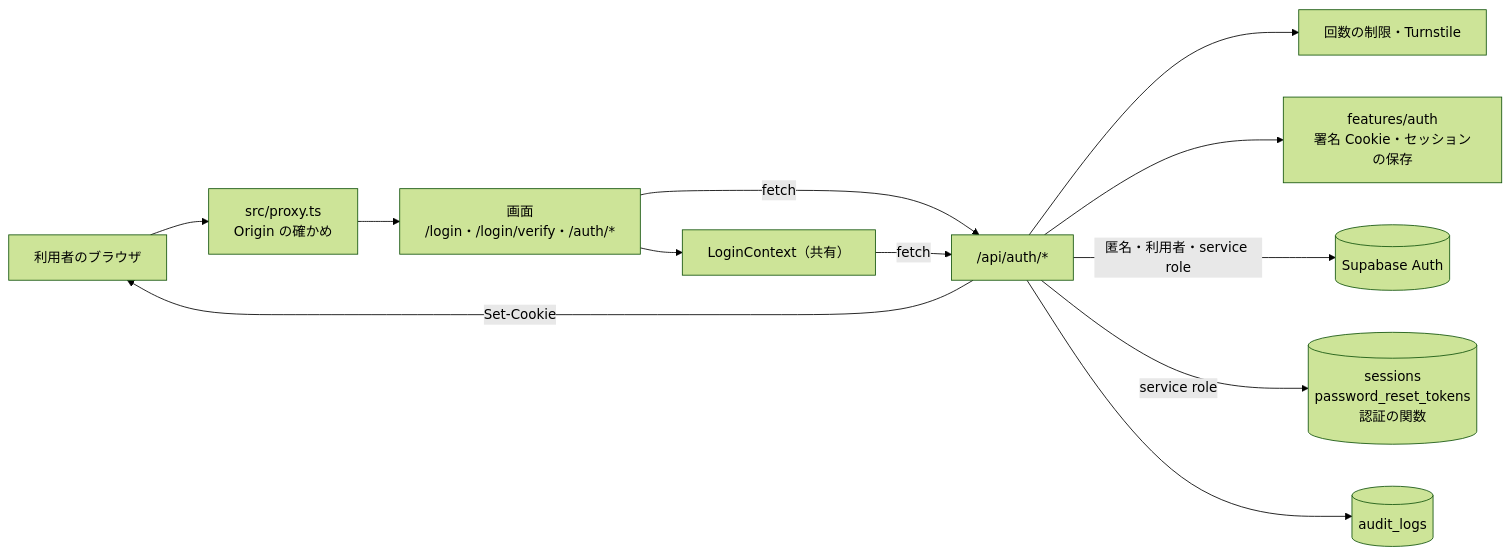
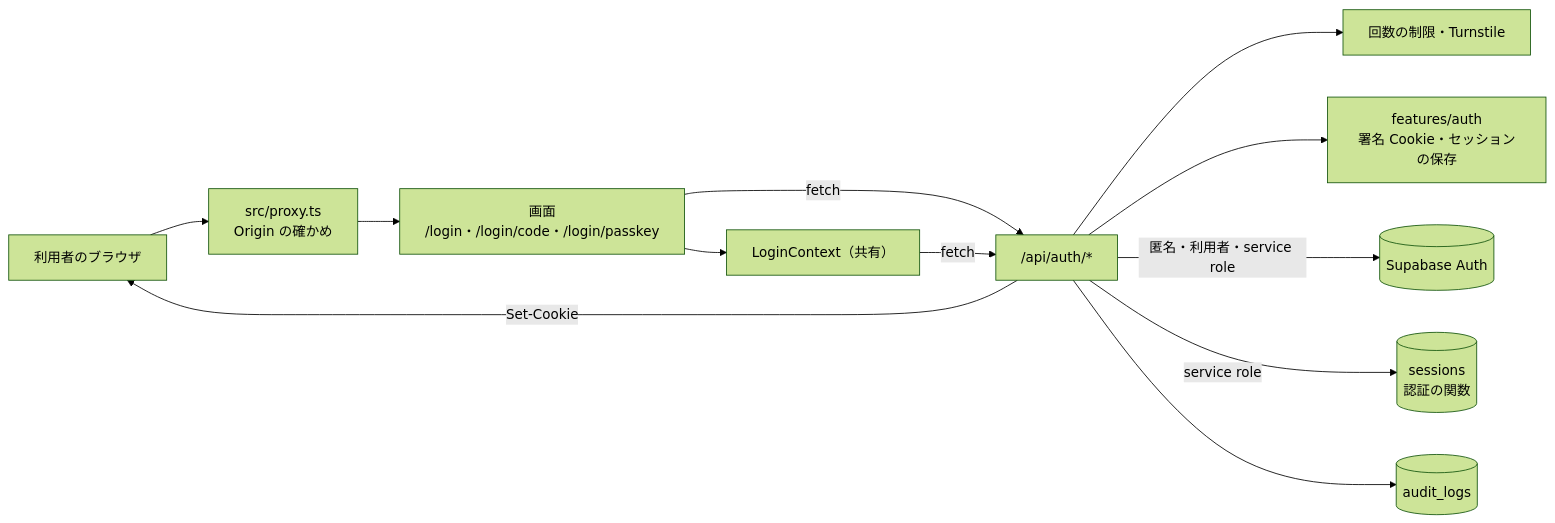
One commit to ChocoWork/o_official changed the first of 22 diagrams in docs/03_BasicDesign/areas/auth.md. Above: the diagram before and after it, drawn with Mermaid (forest theme). The commit also changed other lines of this file and 15 other files, not shown here.

````diff
--- a/docs/03_BasicDesign/areas/auth.md
+++ b/docs/03_BasicDesign/areas/auth.md
@@ -62,14 +64,14 @@
 ```mermaid
 graph LR
   V["利用者のブラウザ"] --> P["src/proxy.ts<br/>Origin の確かめ"]
-  P --> SC["画面<br/>/login・/login/verify・/auth/*"]
+  P --> SC["画面<br/>/login・/login/code・/login/passkey"]
   SC --> LC["LoginContext（共有）"]
   SC -->|fetch| API["/api/auth/*"]
   LC -->|fetch| API
   API --> RL["回数の制限・Turnstile"]
   API --> FA["features/auth<br/>署名 Cookie・セッションの保存"]
   API -->|匿名・利用者・service role| SA[("Supabase Auth")]
-  API -->|service role| DB[("sessions<br/>password_reset_tokens<br/>認証の関数")]
+  API -->|service role| DB[("sessions<br/>認証の関数")]
   API --> AU[("audit_logs")]
   API -->|Set-Cookie| V
 ```
````
